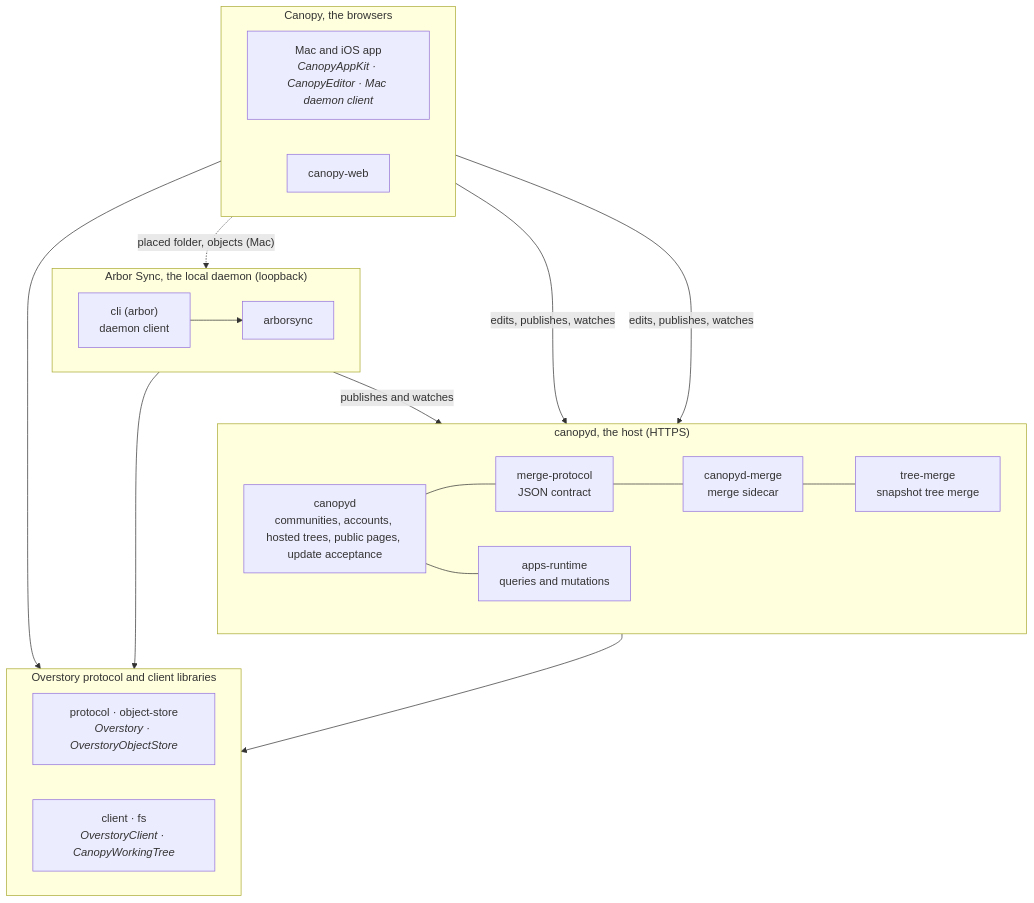
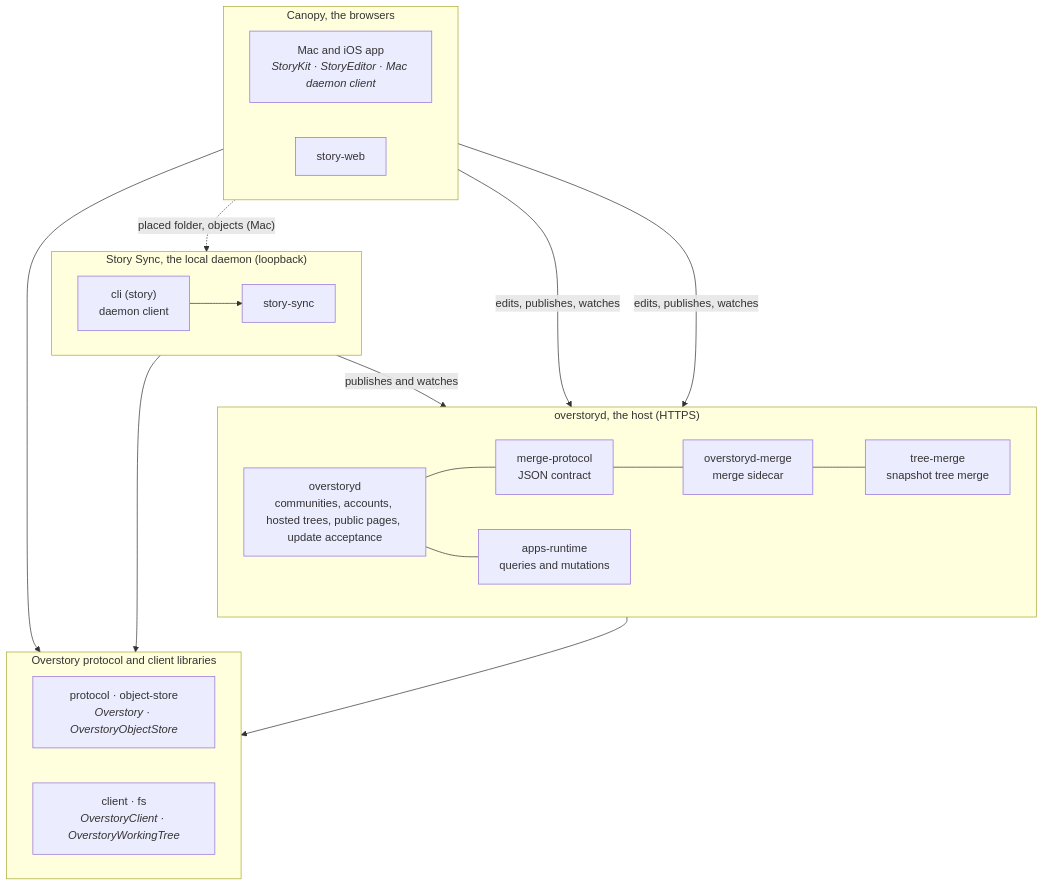
Before and after one commit to jxe/arbor: the diagram in README.md, drawn with Mermaid. The commit also changed other lines of this file and 1056 other files, not shown here.

First line of the commit message:
Rename 001: mechanical pass for Overstory and Story names

````diff
--- a/README.md
+++ b/README.md
@@ -44,38 +44,38 @@
 ```mermaid
 flowchart TB
   subgraph proto["Overstory protocol and client libraries"]
     direction LR
     P["protocol · object-store<br/><i>Overstory · OverstoryObjectStore</i>"]
-    C["client · fs<br/><i>OverstoryClient · CanopyWorkingTree</i>"]
+    C["client · fs<br/><i>OverstoryClient · OverstoryWorkingTree</i>"]
   end
-  subgraph host["canopyd, the host (HTTPS)"]
+  subgraph host["overstoryd, the host (HTTPS)"]
     direction LR
-    D["canopyd<br/>communities, accounts, hosted trees, public pages, update acceptance"]
-    M["canopyd-merge<br/>merge sidecar"]
+    D["overstoryd<br/>communities, accounts, hosted trees, public pages, update acceptance"]
+    M["overstoryd-merge<br/>merge sidecar"]
     MP["merge-protocol<br/>JSON contract"]
     TM["tree-merge<br/>snapshot tree merge"]
     AR["apps-runtime<br/>queries and mutations"]
   end
-  subgraph arbor["Arbor Sync, the local daemon (loopback)"]
+  subgraph story["Story Sync, the local daemon (loopback)"]
     direction LR
-    AS["arborsync"]
-    CLI["cli (arbor)<br/>daemon client"]
+    AS["story-sync"]
+    CLI["cli (story)<br/>daemon client"]
   end
-  subgraph canopy["Canopy, the browsers"]
+  subgraph overstoryd["Canopy, the browsers"]
     direction LR
-    APP["Mac and iOS app<br/><i>CanopyAppKit · CanopyEditor · Mac daemon client</i>"]
-    WEB["canopy-web"]
+    APP["Mac and iOS app<br/><i>StoryKit · StoryEditor · Mac daemon client</i>"]
+    WEB["story-web"]
   end
   D --- MP
   MP --- M
   M --- TM
   D --- AR
   AS -- "publishes and watches" --> D
   APP -- "edits, publishes, watches" --> D
   WEB -- "edits, publishes, watches" --> D
   APP -. "placed folder, objects (Mac)" .-> AS
   CLI --> AS
   host --> proto
-  arbor --> proto
-  canopy --> proto
+  story --> proto
+  overstoryd --> proto
 ```
````
